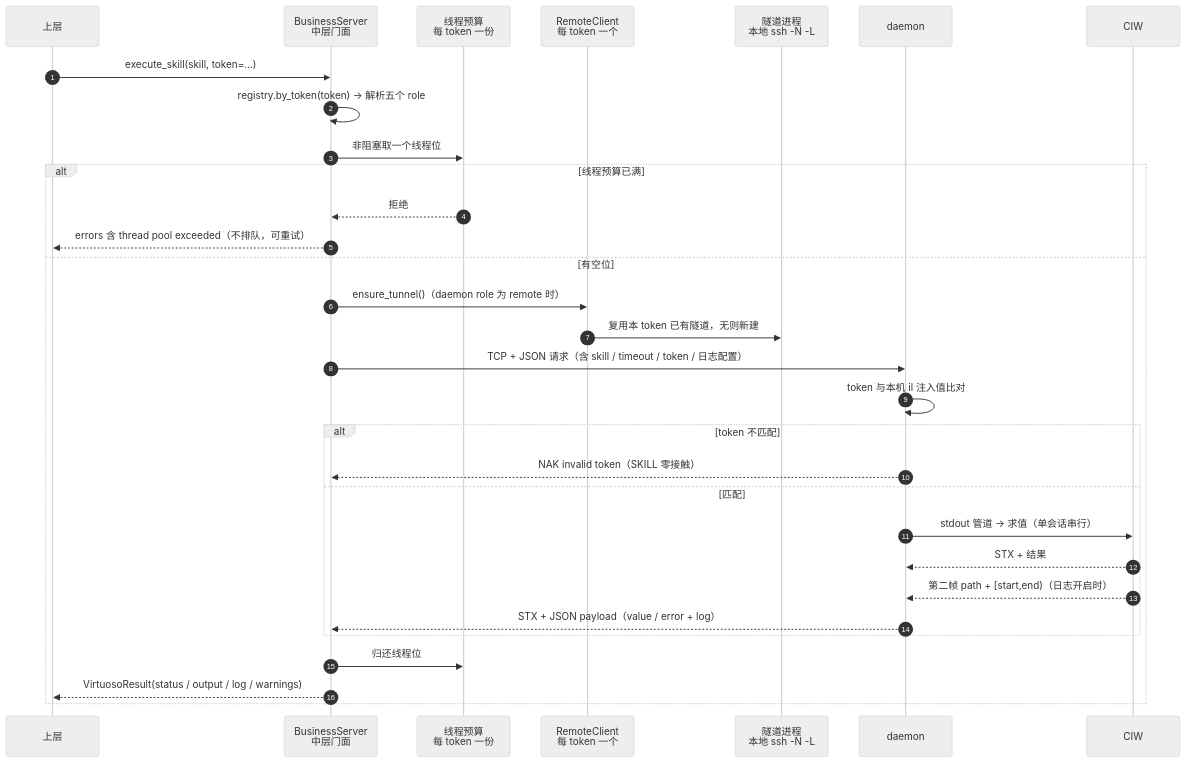
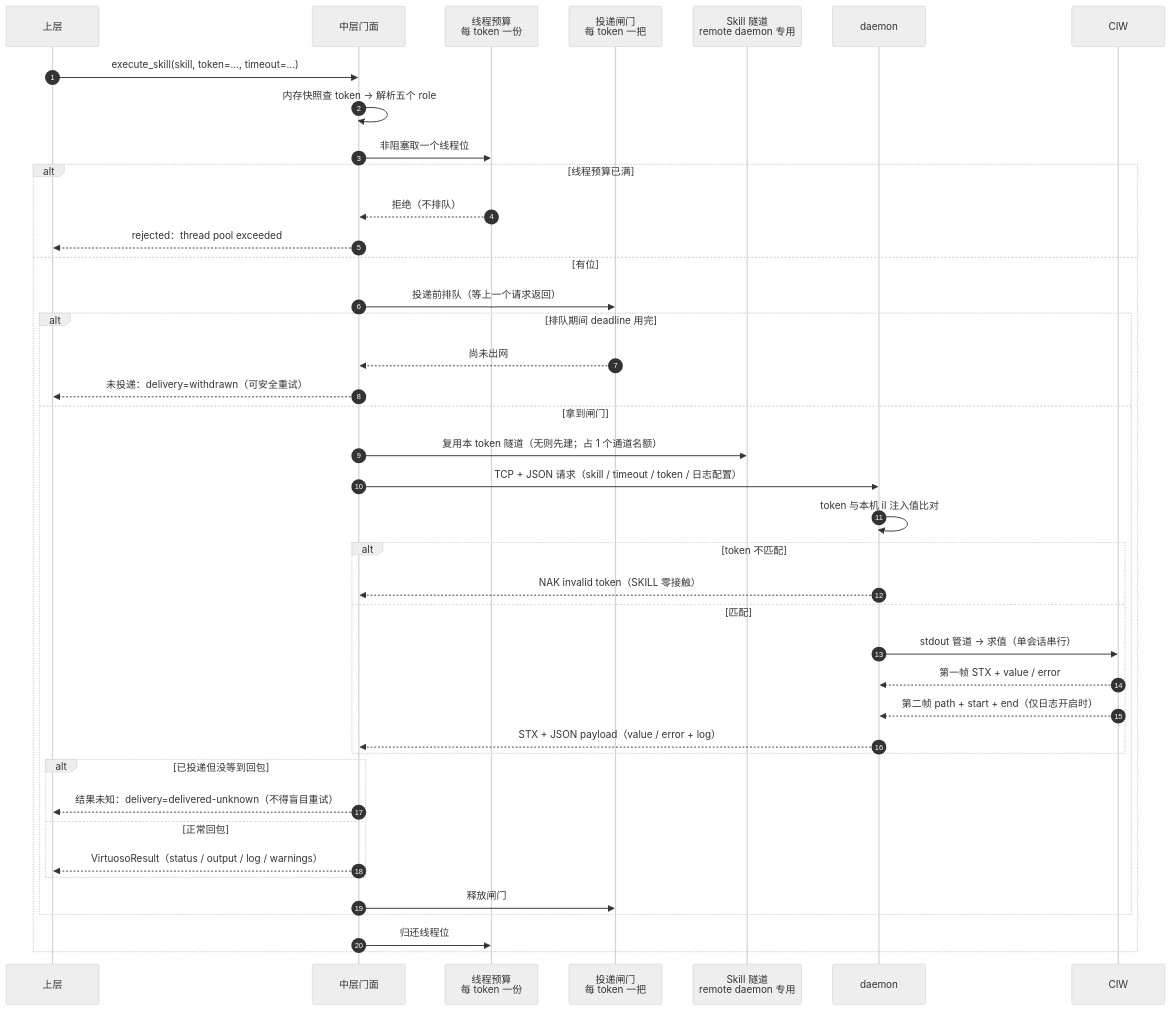
The sixth of 11 diagrams in doc/report/架构总览图.md (GentLau/virtuoso-bridge-NCS), drawn with Mermaid (neutral theme) before and after one commit. The commit also changed other lines of this file and 30 other files, not shown here.

````diff
--- a/doc/report/架构总览图.md
+++ b/doc/report/架构总览图.md
@@ -103,34 +245,44 @@
 ```mermaid
 sequenceDiagram
     autonumber
     participant U as 上层
-    participant BS as BusinessServer<br/>中层门面
+    participant BS as 中层门面
     participant TP as 线程预算<br/>每 token 一份
-    participant RC as RemoteClient<br/>每 token 一个
-    participant TU as 隧道进程<br/>本地 ssh -N -L
+    participant GATE as 投递闸门<br/>每 token 一把
+    participant TU as Skill 隧道<br/>remote daemon 专用
     participant D as daemon
     participant C as CIW
 
-    U->>BS: execute_skill(skill, token=…)
-    BS->>BS: registry.by_token(token) → 解析五个 role
+    U->>BS: execute_skill(skill, token=…, timeout=…)
+    BS->>BS: 内存快照查 token → 解析五个 role
     BS->>TP: 非阻塞取一个线程位
     alt 线程预算已满
-        TP-->>BS: 拒绝
-        BS-->>U: errors 含 thread pool exceeded（不排队，可重试）
-    else 有空位
-        BS->>RC: ensure_tunnel()（daemon role 为 remote 时）
-        RC->>TU: 复用本 token 已有隧道，无则新建
-        BS->>D: TCP + JSON 请求（含 skill / timeout / token / 日志配置）
-        D->>D: token 与本机 il 注入值比对
-        alt token 不匹配
-            D-->>BS: NAK invalid token（SKILL 零接触）
-        else 匹配
-            D->>C: stdout 管道 → 求值（单会话串行）
-            C-->>D: STX + 结果
-            C-->>D: 第二帧 path + [start,end)（日志开启时）
-            D-->>BS: STX + JSON payload（value / error + log）
+        TP-->>BS: 拒绝（不排队）
+        BS-->>U: rejected：thread pool exceeded
+    else 有位
+        BS->>GATE: 投递前排队（等上一个请求返回）
+        alt 排队期间 deadline 用完
+            GATE-->>BS: 尚未出网
+            BS-->>U: 未投递：delivery=withdrawn（可安全重试）
+        else 拿到闸门
+            BS->>TU: 复用本 token 隧道（无则先建；占 1 个通道名额）
+            BS->>D: TCP + JSON 请求（skill / timeout / token / 日志配置）
+            D->>D: token 与本机 il 注入值比对
+            alt token 不匹配
+                D-->>BS: NAK invalid token（SKILL 零接触）
+            else 匹配
+                D->>C: stdout 管道 → 求值（单会话串行）
+                C-->>D: 第一帧 STX + value / error
+                C-->>D: 第二帧 path + start + end（仅日志开启时）
+                D-->>BS: STX + JSON payload（value / error + log）
+            end
+            alt 已投递但没等到回包
+                BS-->>U: 结果未知：delivery=delivered-unknown（不得盲目重试）
+            else 正常回包
+                BS-->>U: VirtuosoResult（status / output / log / warnings）
+            end
+            BS->>GATE: 释放闸门
         end
         BS->>TP: 归还线程位
-        BS-->>U: VirtuosoResult(status / output / log / warnings)
     end
 ```
````
